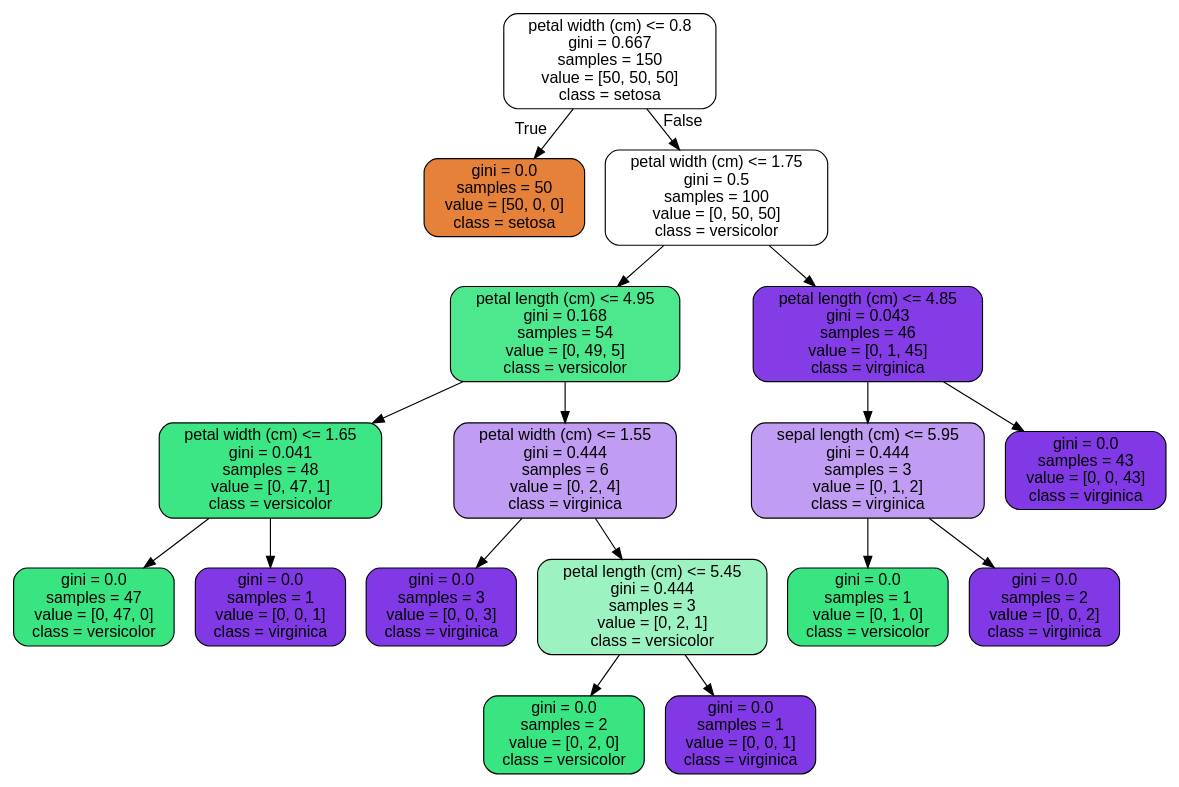
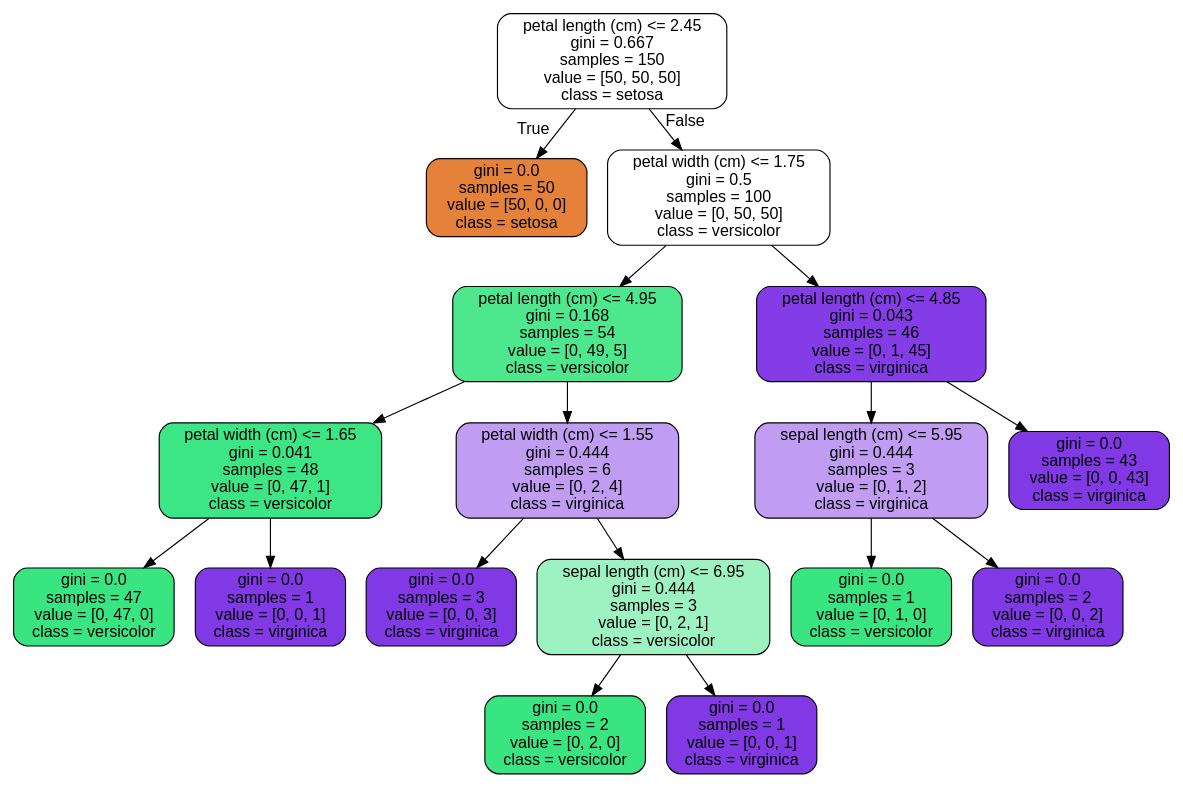
One commit to Ramilsons/machine-learning changed the diagram in decision-tree-builds/iris-classify-code-22.dot. Above: the diagram before and after it, drawn with Graphviz. The commit also changed 1 other file, not shown here.

```diff
--- a/decision-tree-builds/iris-classify-code-22.dot
+++ b/decision-tree-builds/iris-classify-code-22.dot
@@ -1,37 +1,37 @@
 digraph Tree {
 node [shape=box, style="filled, rounded", color="black", fontname="helvetica"] ;
 edge [fontname="helvetica"] ;
-0 [label="petal width (cm) <= 0.8\ngini = 0.667\nsamples = 150\nvalue = [50, 50, 50]\nclass = setosa", fillcolor="#ffffff"] ;
+0 [label="petal length (cm) <= 2.45\ngini = 0.667\nsamples = 150\nvalue = [50, 50, 50]\nclass = setosa", fillcolor="#ffffff"] ;
 1 [label="gini = 0.0\nsamples = 50\nvalue = [50, 0, 0]\nclass = setosa", fillcolor="#e58139"] ;
 0 -> 1 [labeldistance=2.5, labelangle=45, headlabel="True"] ;
 2 [label="petal width (cm) <= 1.75\ngini = 0.5\nsamples = 100\nvalue = [0, 50, 50]\nclass = versicolor", fillcolor="#ffffff"] ;
 0 -> 2 [labeldistance=2.5, labelangle=-45, headlabel="False"] ;
 3 [label="petal length (cm) <= 4.95\ngini = 0.168\nsamples = 54\nvalue = [0, 49, 5]\nclass = versicolor", fillcolor="#4de88e"] ;
 2 -> 3 ;
 4 [label="petal width (cm) <= 1.65\ngini = 0.041\nsamples = 48\nvalue = [0, 47, 1]\nclass = versicolor", fillcolor="#3de684"] ;
 3 -> 4 ;
 5 [label="gini = 0.0\nsamples = 47\nvalue = [0, 47, 0]\nclass = versicolor", fillcolor="#39e581"] ;
 4 -> 5 ;
 6 [label="gini = 0.0\nsamples = 1\nvalue = [0, 0, 1]\nclass = virginica", fillcolor="#8139e5"] ;
 4 -> 6 ;
 7 [label="petal width (cm) <= 1.55\ngini = 0.444\nsamples = 6\nvalue = [0, 2, 4]\nclass = virginica", fillcolor="#c09cf2"] ;
 3 -> 7 ;
 8 [label="gini = 0.0\nsamples = 3\nvalue = [0, 0, 3]\nclass = virginica", fillcolor="#8139e5"] ;
 7 -> 8 ;
-9 [label="petal length (cm) <= 5.45\ngini = 0.444\nsamples = 3\nvalue = [0, 2, 1]\nclass = versicolor", fillcolor="#9cf2c0"] ;
+9 [label="sepal length (cm) <= 6.95\ngini = 0.444\nsamples = 3\nvalue = [0, 2, 1]\nclass = versicolor", fillcolor="#9cf2c0"] ;
 7 -> 9 ;
 10 [label="gini = 0.0\nsamples = 2\nvalue = [0, 2, 0]\nclass = versicolor", fillcolor="#39e581"] ;
 9 -> 10 ;
 11 [label="gini = 0.0\nsamples = 1\nvalue = [0, 0, 1]\nclass = virginica", fillcolor="#8139e5"] ;
 9 -> 11 ;
 12 [label="petal length (cm) <= 4.85\ngini = 0.043\nsamples = 46\nvalue = [0, 1, 45]\nclass = virginica", fillcolor="#843de6"] ;
 2 -> 12 ;
 13 [label="sepal length (cm) <= 5.95\ngini = 0.444\nsamples = 3\nvalue = [0, 1, 2]\nclass = virginica", fillcolor="#c09cf2"] ;
 12 -> 13 ;
 14 [label="gini = 0.0\nsamples = 1\nvalue = [0, 1, 0]\nclass = versicolor", fillcolor="#39e581"] ;
 13 -> 14 ;
 15 [label="gini = 0.0\nsamples = 2\nvalue = [0, 0, 2]\nclass = virginica", fillcolor="#8139e5"] ;
 13 -> 15 ;
 16 [label="gini = 0.0\nsamples = 43\nvalue = [0, 0, 43]\nclass = virginica", fillcolor="#8139e5"] ;
 12 -> 16 ;
 }
```
